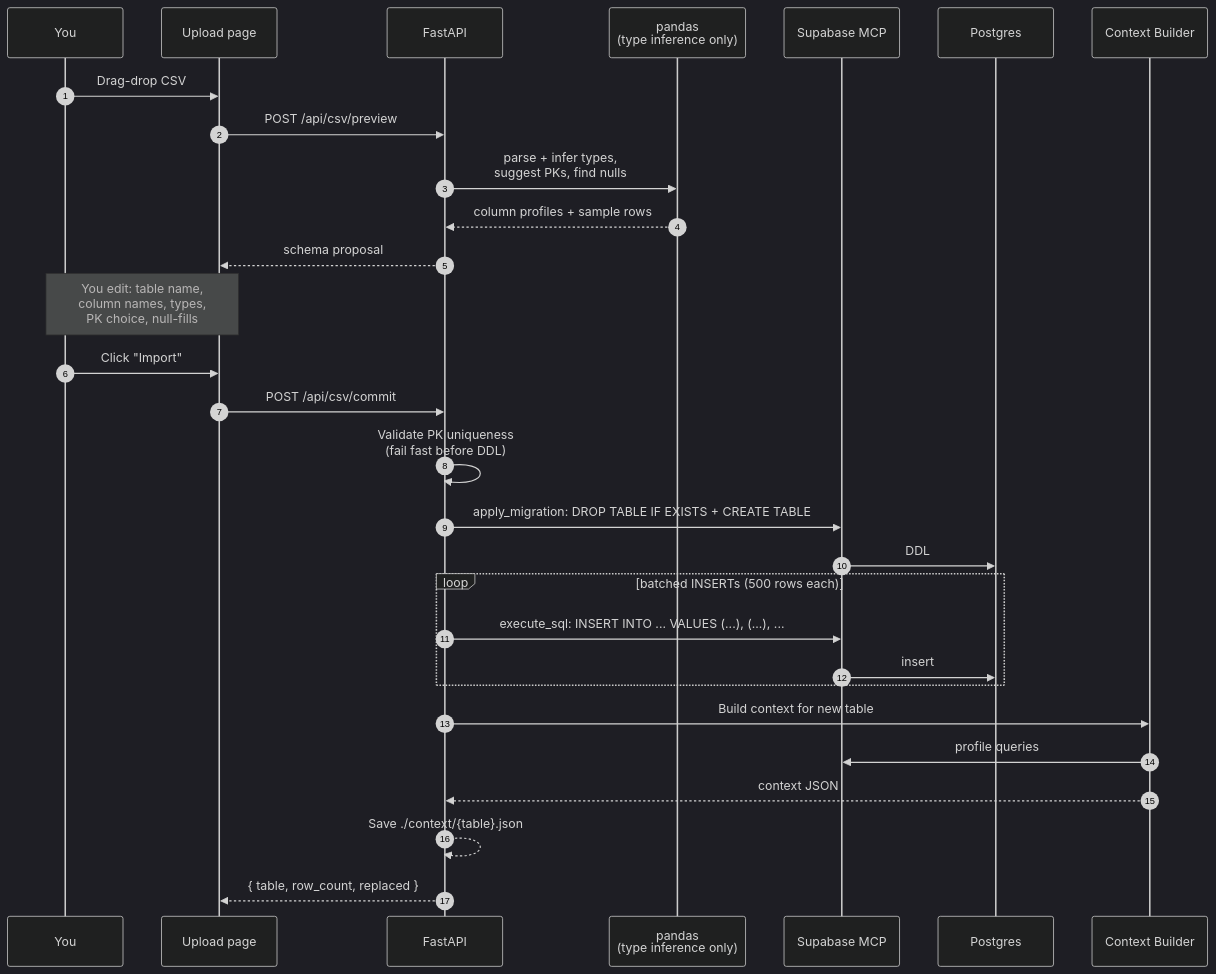
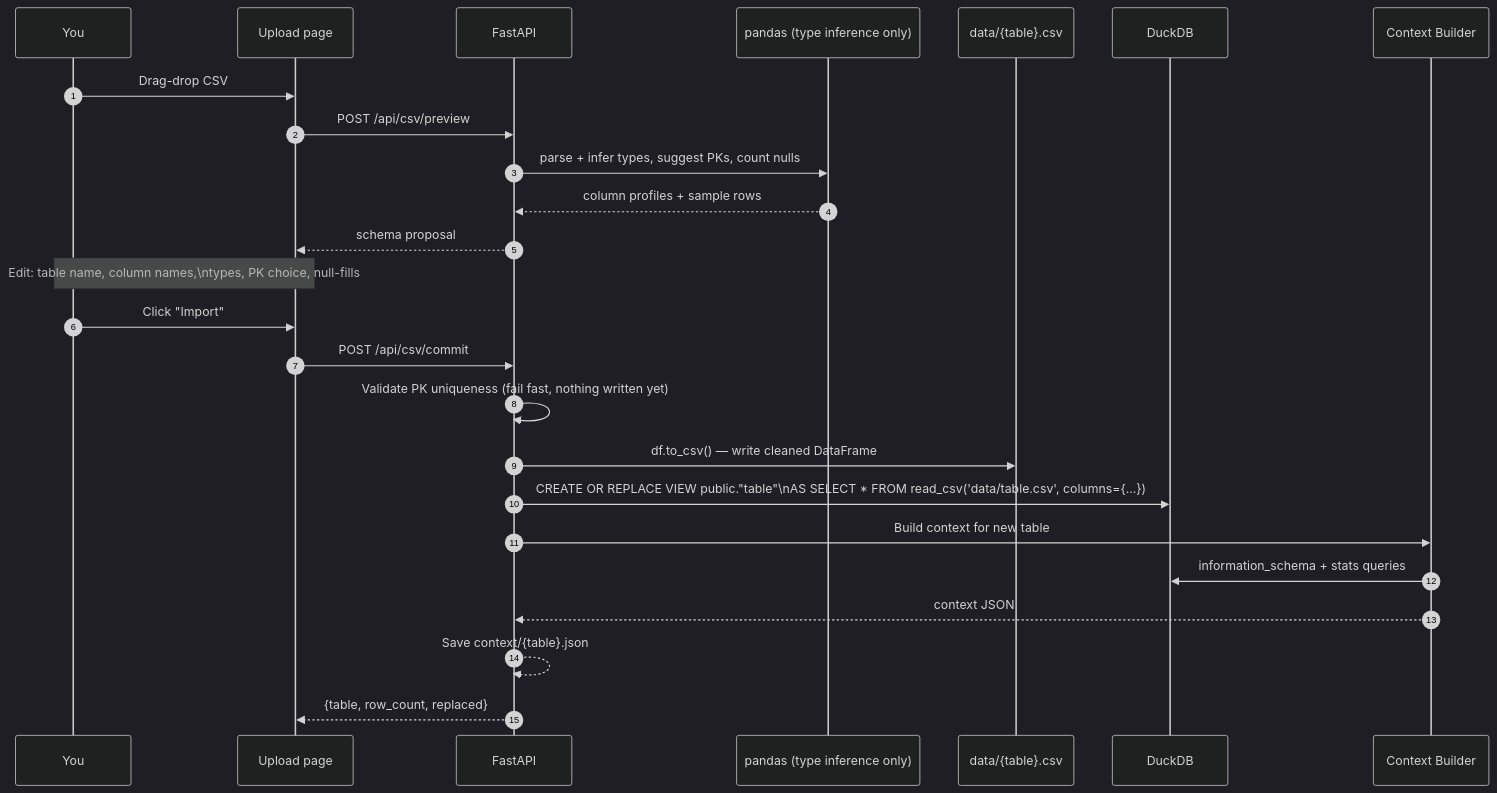
Before and after one commit to devangsharma-igna/csv-agent: the sixth of 6 diagrams in README.md, drawn with Mermaid (dark theme). The commit also changed other lines of this file, not shown here.

````diff
--- a/README.md
+++ b/README.md
@@ -254,32 +205,28 @@
 ```mermaid
 sequenceDiagram
     autonumber
     participant U as You
     participant FE as Upload page
     participant BE as FastAPI
-    participant P as pandas<br/>(type inference only)
-    participant MCP as Supabase MCP
-    participant DB as Postgres
+    participant PD as pandas (type inference only)
+    participant FS as data/{table}.csv
+    participant DDB as DuckDB
     participant CB as Context Builder
 
     U->>FE: Drag-drop CSV
     FE->>BE: POST /api/csv/preview
-    BE->>P: parse + infer types,<br/>suggest PKs, find nulls
-    P-->>BE: column profiles + sample rows
+    BE->>PD: parse + infer types, suggest PKs, count nulls
+    PD-->>BE: column profiles + sample rows
     BE-->>FE: schema proposal
-    Note over U,FE: You edit: table name,<br/>column names, types,<br/>PK choice, null-fills
+    Note over U,FE: Edit: table name, column names,\ntypes, PK choice, null-fills
     U->>FE: Click "Import"
     FE->>BE: POST /api/csv/commit
-    BE->>BE: Validate PK uniqueness<br/>(fail fast before DDL)
-    BE->>MCP: apply_migration: DROP TABLE IF EXISTS + CREATE TABLE
-    MCP->>DB: DDL
-    loop batched INSERTs (500 rows each)
-        BE->>MCP: execute_sql: INSERT INTO ... VALUES (...), (...), ...
-        MCP->>DB: insert
-    end
+    BE->>BE: Validate PK uniqueness (fail fast, nothing written yet)
+    BE->>FS: df.to_csv() — write cleaned DataFrame
+    BE->>DDB: CREATE OR REPLACE VIEW public."table"\nAS SELECT * FROM read_csv('data/table.csv', columns={...})
     BE->>CB: Build context for new table
-    CB->>MCP: profile queries
+    CB->>DDB: information_schema + stats queries
     CB-->>BE: context JSON
-    BE-->>BE: Save ./context/{table}.json
-    BE-->>FE: { table, row_count, replaced }
+    BE-->>BE: Save context/{table}.json
+    BE-->>FE: {table, row_count, replaced}
 ```
````
